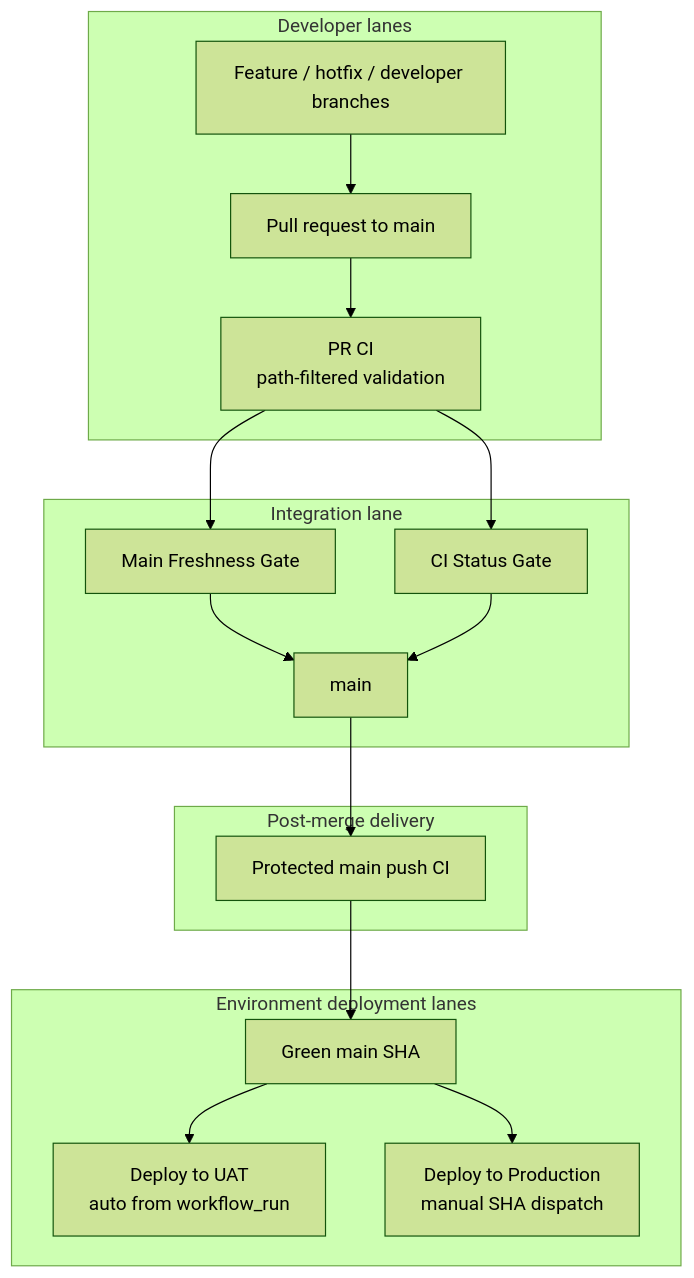
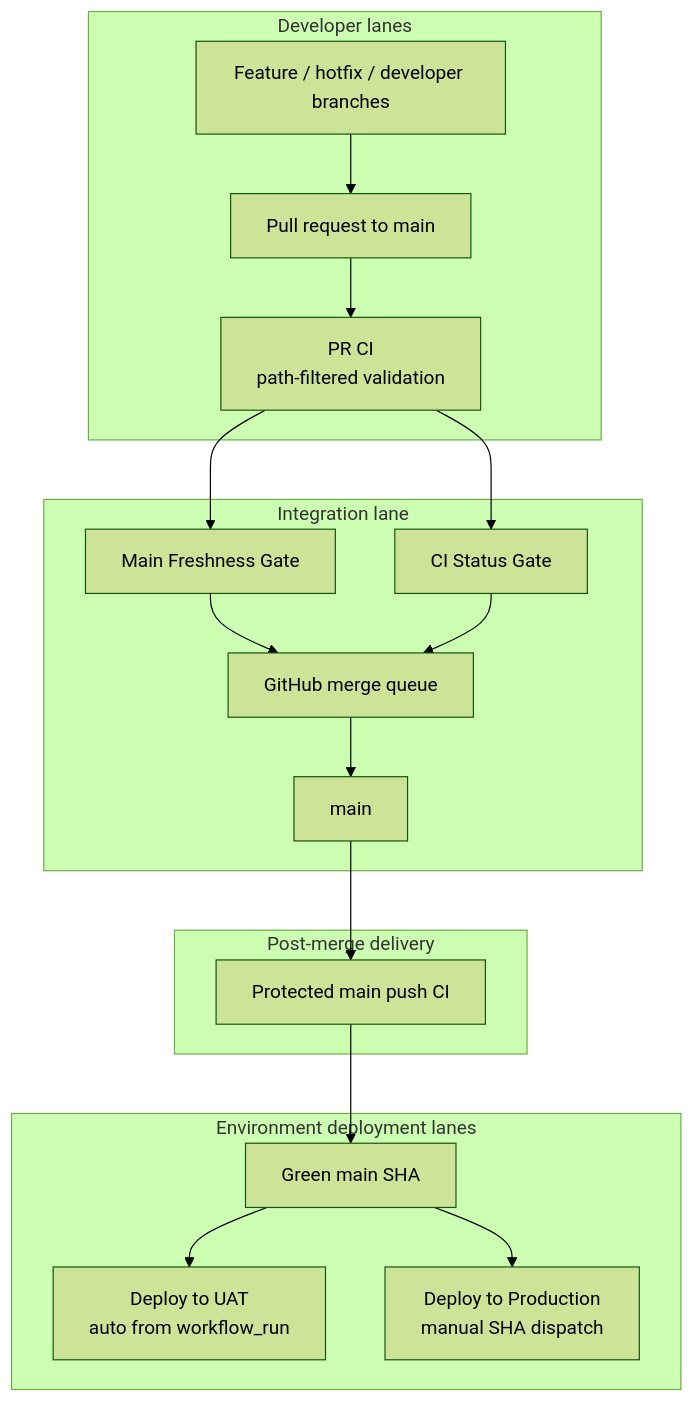
The diagram in docs/reference/operations/ci.md (hushh-labs/hushh-research), drawn with Mermaid (forest theme) before and after one commit. The commit also changed other lines of this file and 3 other files, not shown here.

Commit message:
Shift main freshness checks to merge queue

````diff
--- a/docs/reference/operations/ci.md
+++ b/docs/reference/operations/ci.md
@@ -6,32 +6,34 @@
 ```mermaid
 flowchart TB
   subgraph dev["Developer lanes"]
     feat["Feature / hotfix / developer branches"]
     pr["Pull request to main"]
     prci["PR CI<br/>path-filtered validation"]
   end
 
   subgraph integration["Integration lane"]
     freshness["Main Freshness Gate"]
     status["CI Status Gate"]
+    queue["GitHub merge queue"]
     main["main"]
   end
 
   subgraph release["Environment deployment lanes"]
     green["Green main SHA"]
     uat["Deploy to UAT<br/>auto from workflow_run"]
     prod["Deploy to Production<br/>manual SHA dispatch"]
   end
 
   subgraph delivery["Post-merge delivery"]
     pushci["Protected main push CI"]
   end
 
   feat --> pr --> prci
   prci --> freshness
   prci --> status
-  freshness --> main --> pushci --> green
-  status --> main
+  freshness --> queue
+  status --> queue
+  queue --> main --> pushci --> green
   green --> uat
   green --> prod
 ```
````
